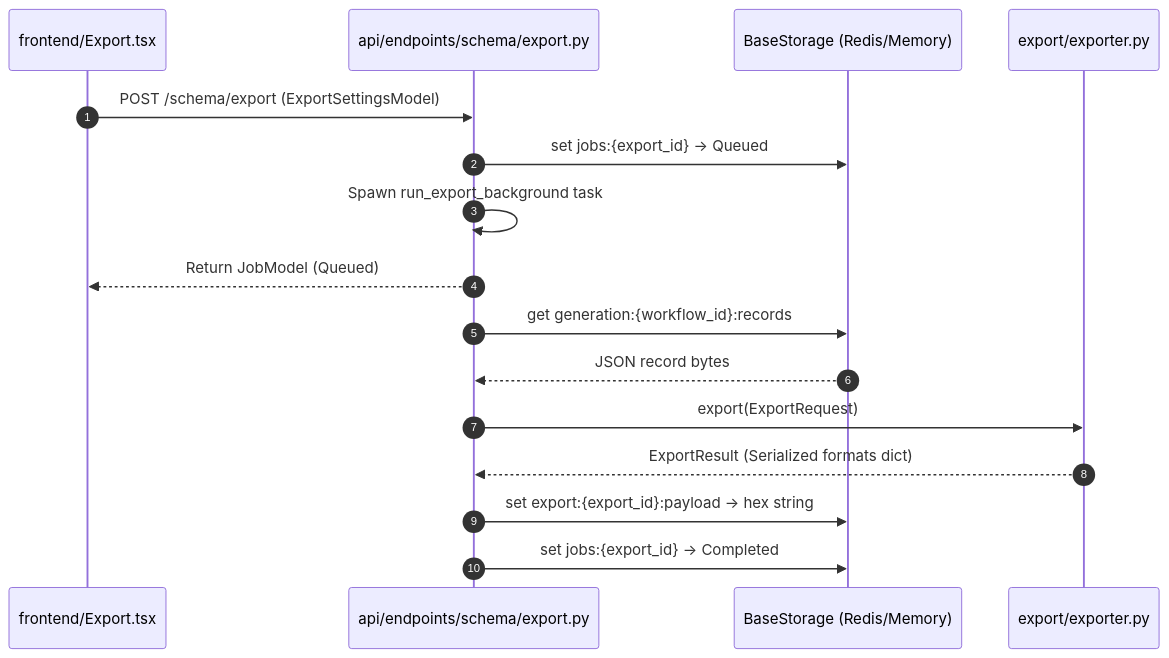
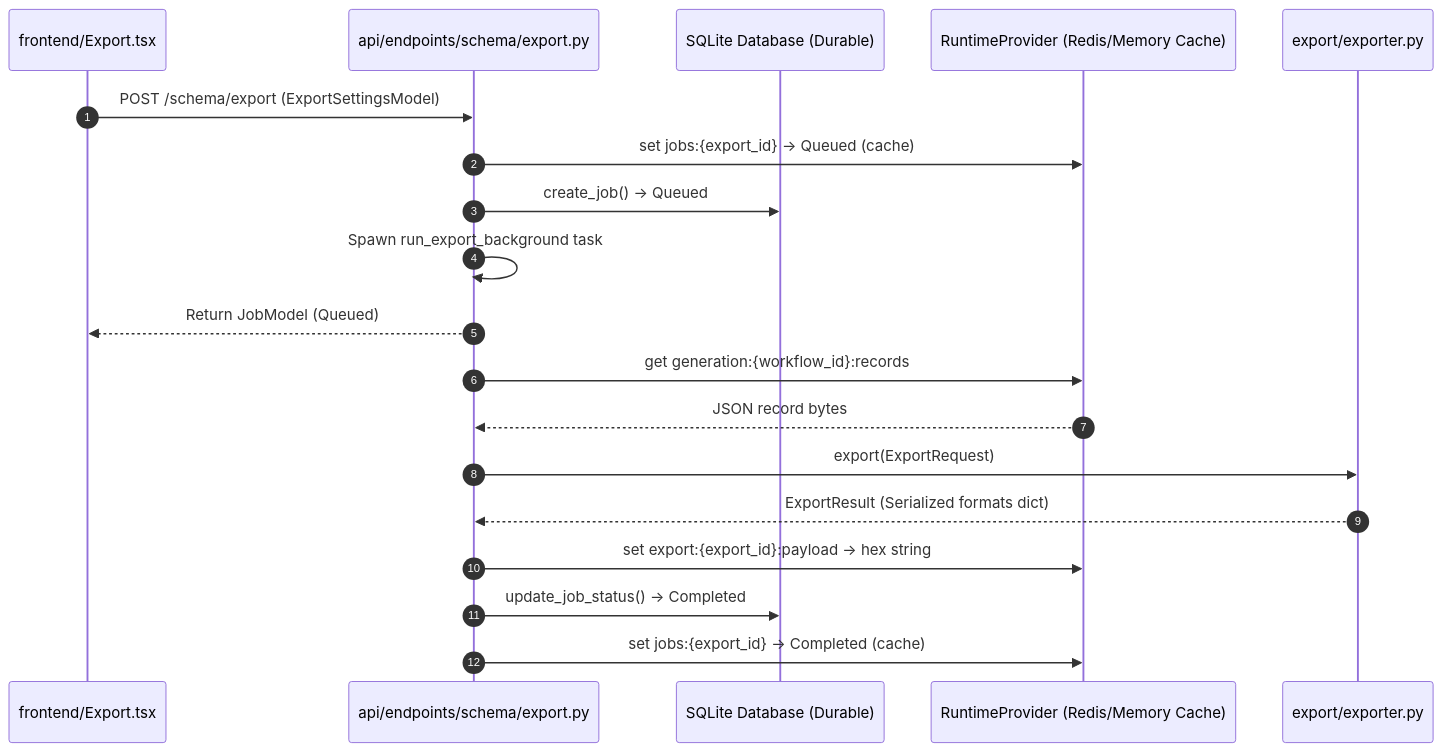
Before and after one commit to starving-array/seed-ops-lite: the second of 8 diagrams in docs/architecture/PERSISTENCE_AND_RUNTIME_ARCHITECTURE.md, drawn with Mermaid. The commit also changed other lines of this file and 31 other files, not shown here.

First line of the commit message:
refactor(platform): harden persistence architecture and runtime abstractions

````diff
--- a/docs/architecture/PERSISTENCE_AND_RUNTIME_ARCHITECTURE.md
+++ b/docs/architecture/PERSISTENCE_AND_RUNTIME_ARCHITECTURE.md
@@ -76,19 +110,22 @@
 ```mermaid
 sequenceDiagram
     autonumber
     participant UI as frontend/Export.tsx
     participant API as api/endpoints/schema/export.py
-    participant DB as BaseStorage (Redis/Memory)
+    participant SQLite as SQLite Database (Durable)
+    participant Cache as RuntimeProvider (Redis/Memory Cache)
     participant Exporter as export/exporter.py
     
     UI->>API: POST /schema/export (ExportSettingsModel)
-    API->>DB: set jobs:{export_id} -> Queued
+    API->>Cache: set jobs:{export_id} -> Queued (cache)
+    API->>SQLite: create_job() -> Queued
     API->>API: Spawn run_export_background task
     API-->>UI: Return JobModel (Queued)
-    API->>DB: get generation:{workflow_id}:records
-    DB-->>API: JSON record bytes
+    API->>Cache: get generation:{workflow_id}:records
+    Cache-->>API: JSON record bytes
     API->>Exporter: export(ExportRequest)
     Exporter-->>API: ExportResult (Serialized formats dict)
-    API->>DB: set export:{export_id}:payload -> hex string
-    API->>DB: set jobs:{export_id} -> Completed
+    API->>Cache: set export:{export_id}:payload -> hex string
+    API->>SQLite: update_job_status() -> Completed
+    API->>Cache: set jobs:{export_id} -> Completed (cache)
 ```
````
